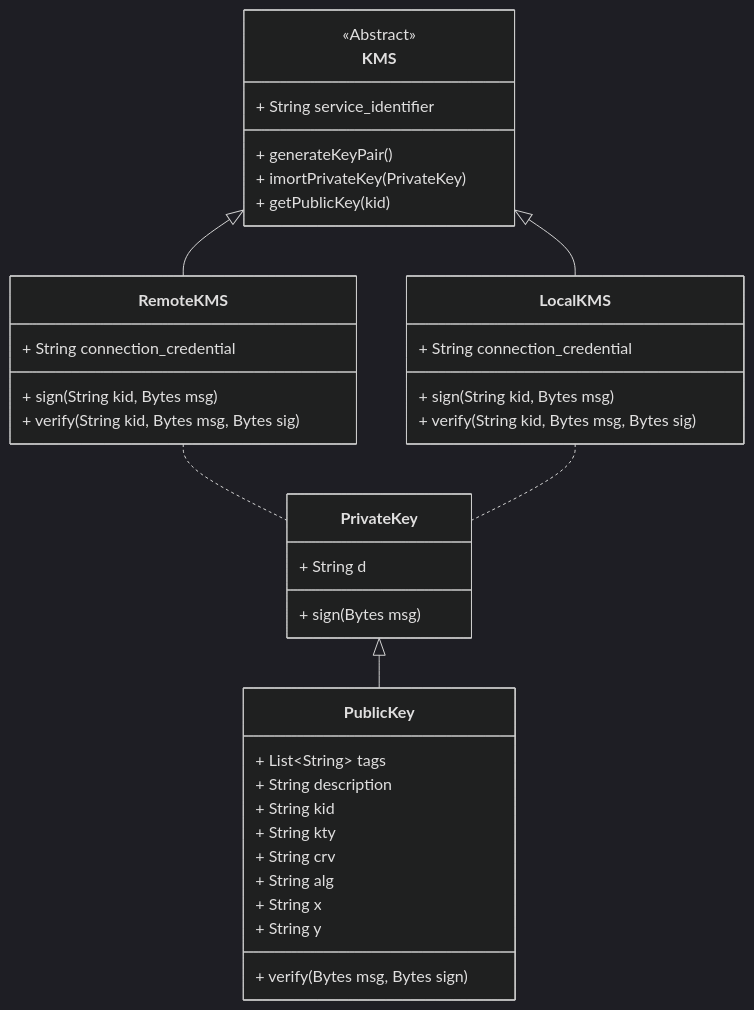
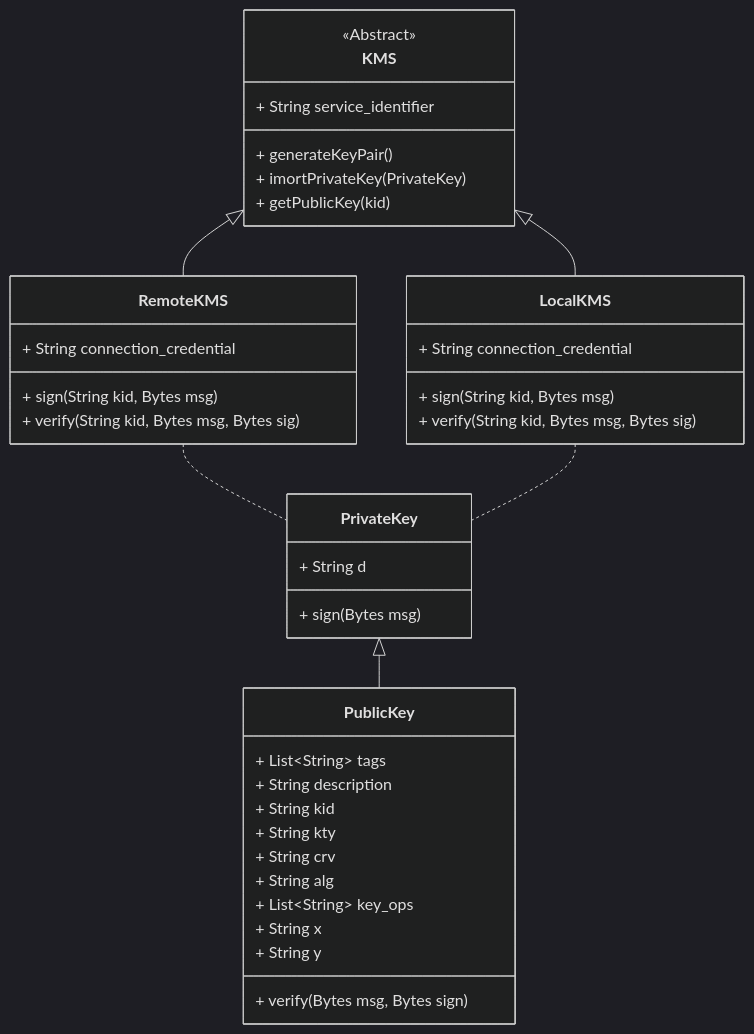
Before and after one commit to openwallet-foundation/architecture-sig: the diagram in docs/key-management-services.md, drawn with Mermaid (dark theme).

````diff
--- a/docs/key-management-services.md
+++ b/docs/key-management-services.md
@@ -12,41 +12,41 @@
 ```mermaid
 classDiagram
     class KMS
     <<Abstract>> KMS
     KMS: + String service_identifier
     KMS: + generateKeyPair()
     KMS: + imortPrivateKey(PrivateKey)
     KMS: + getPublicKey(kid)
     class RemoteKMS{
       + String connection_credential
       + sign(String kid, Bytes msg)
       + verify(String kid, Bytes msg, Bytes sig)
     }
     class LocalKMS{
       + String connection_credential
       + sign(String kid, Bytes msg)
       + verify(String kid, Bytes msg, Bytes sig)
     }
     class PublicKey {
       + List~String~ tags
       + String description
       + String kid
       + String kty
       + String crv
       + String alg
+      + List~String~ key_ops
       + String x
       + String y
       + verify(Bytes msg, Bytes sign)
     }
     class PrivateKey {
       + String d
       + sign(Bytes msg)
     }
     PrivateKey <|-- PublicKey
     
     RemoteKMS ..  PrivateKey
     LocalKMS ..  PrivateKey
-
     KMS <|-- RemoteKMS
     KMS <|-- LocalKMS
 ```
````
